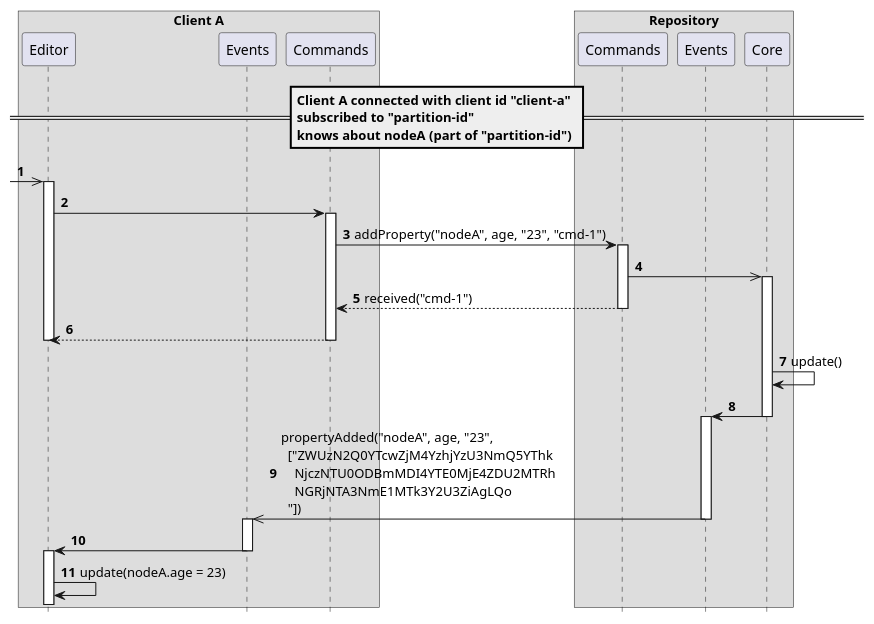
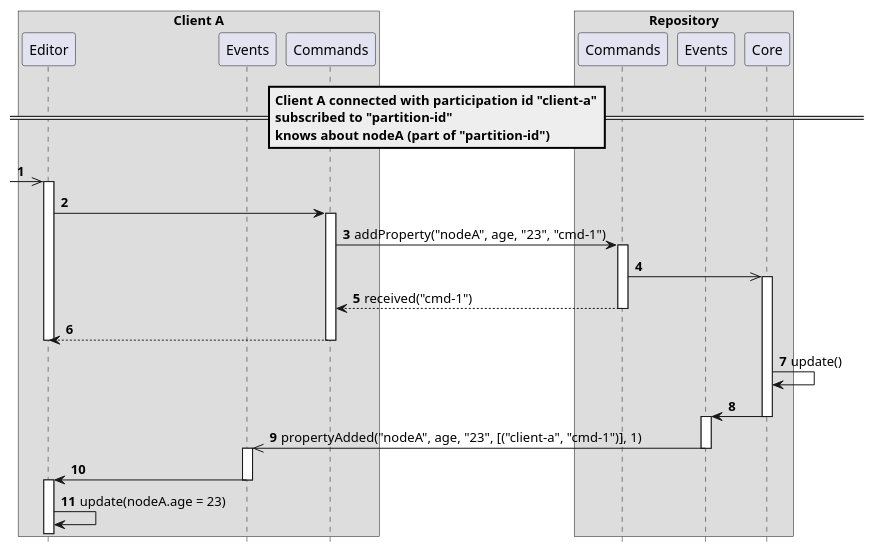
Before and after one commit to LionWeb-io/specification: the diagram in delta/scenarios/changeKnownNodeRemoteUpdate.adoc, drawn with PlantUML. The commit also changed other lines of this file and 20 other files, not shown here.

```diff
--- a/delta/scenarios/changeKnownNodeRemoteUpdate.adoc
+++ b/delta/scenarios/changeKnownNodeRemoteUpdate.adoc
@@ -2,46 +2,46 @@
 [plantuml,changeKnownNodeRemoteUpdate,svg]
 ----
 hide footbox
 autonumber
 
 box "Client A"
   participant Editor as editor
   participant Events as clientEvent
   participant Commands as clientCmd
 end box
 
 box "Repository"
   participant Commands as repoCmd
   participant Events as repoEvent
   participant Core as core
 end box
 
-== Client A connected with client id "client-a"\nsubscribed to "partition-id"\nknows about nodeA (part of "partition-id") ==
+== Client A connected with participation id "client-a"\nsubscribed to "partition-id"\nknows about nodeA (part of "partition-id") ==
 
 [->> editor ++
 editor -> clientCmd ++
 clientCmd -> repoCmd ++: addProperty("nodeA", age, "23", "cmd-1")
 repoCmd ->> core
 activate core
 clientCmd <-- repoCmd: received("cmd-1")
 deactivate repoCmd
 editor <-- clientCmd
 deactivate clientCmd
 deactivate editor
 
 core -> core: update()
 
 core -> repoEvent
 deactivate core
 
 activate repoEvent
-clientEvent <<- repoEvent: propertyAdded("nodeA", age, "23",\n  ["ZWUzN2Q0YTcwZjM4YzhjYzU3NmQ5YThk\n    NjczNTU0ODBmMDI4YTE0MjE4ZDU2MTRh\n    NGRjNTA3NmE1MTk3Y2U3ZiAgLQo\n  "])
+clientEvent <<- repoEvent: propertyAdded("nodeA", age, "23", [("client-a", "cmd-1")], 1)
 deactivate repoEvent
 
 activate clientEvent
 clientEvent -> editor
 deactivate clientEvent
 
 activate editor
 editor -> editor: update(nodeA.age = 23)
 ----
```
